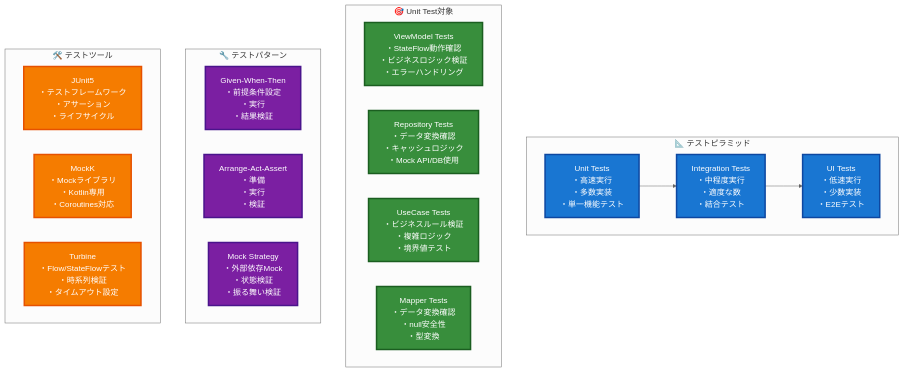
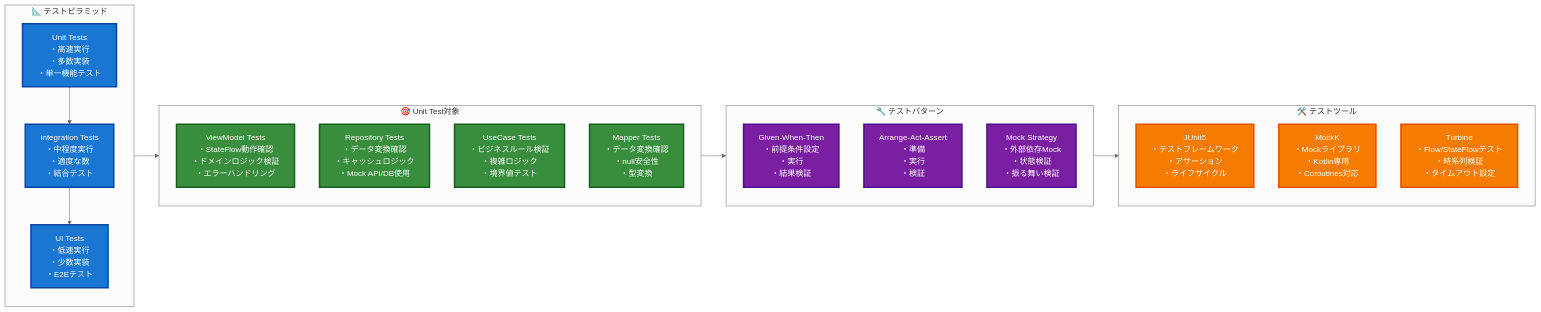
One commit to shimanukims/android-base changed the seventh of 7 diagrams in ARCHITECTURE_GUIDE.md. Above: the diagram before and after it, drawn with Mermaid (neutral theme). The commit also changed other lines of this file, not shown here.

Commit message:
change architecture guide

````diff
--- a/ARCHITECTURE_GUIDE.md
+++ b/ARCHITECTURE_GUIDE.md
@@ -541,41 +588,47 @@
 ```mermaid
-flowchart TB
+flowchart LR
     subgraph TestPyramid ["📐 テストピラミッド"]
+        direction TB
         A["Unit Tests<br/>・高速実行<br/>・多数実装<br/>・単一機能テスト"]
         B["Integration Tests<br/>・中程度実行<br/>・適度な数<br/>・結合テスト"]
         C["UI Tests<br/>・低速実行<br/>・少数実装<br/>・E2Eテスト"]
         
         A --> B
         B --> C
     end
     
     subgraph UnitTestTargets ["🎯 Unit Test対象"]
-        D["ViewModel Tests<br/>・StateFlow動作確認<br/>・ビジネスロジック検証<br/>・エラーハンドリング"]
+        D["ViewModel Tests<br/>・StateFlow動作確認<br/>・ドメインロジック検証<br/>・エラーハンドリング"]
         E["Repository Tests<br/>・データ変換確認<br/>・キャッシュロジック<br/>・Mock API/DB使用"]
         F["UseCase Tests<br/>・ビジネスルール検証<br/>・複雑ロジック<br/>・境界値テスト"]
         G["Mapper Tests<br/>・データ変換確認<br/>・null安全性<br/>・型変換"]
     end
     
     subgraph TestPatterns ["🔧 テストパターン"]
         H["Given-When-Then<br/>・前提条件設定<br/>・実行<br/>・結果検証"]
         I["Arrange-Act-Assert<br/>・準備<br/>・実行<br/>・検証"]
         J["Mock Strategy<br/>・外部依存Mock<br/>・状態検証<br/>・振る舞い検証"]
     end
     
     subgraph TestTools ["🛠️ テストツール"]
         K["JUnit5<br/>・テストフレームワーク<br/>・アサーション<br/>・ライフサイクル"]
         L["MockK<br/>・Mockライブラリ<br/>・Kotlin専用<br/>・Coroutines対応"]
         M["Turbine<br/>・Flow/StateFlowテスト<br/>・時系列検証<br/>・タイムアウト設定"]
     end
     
+    %% 図の配置順序を明示的に指定
+    TestPyramid --> UnitTestTargets
+    UnitTestTargets --> TestPatterns
+    TestPatterns --> TestTools
+    
     %% スタイリング - VSCode対応
     classDef pyramidStyle fill:#1976d2,stroke:#0d47a1,stroke-width:3px,color:#ffffff
     classDef targetStyle fill:#388e3c,stroke:#1b5e20,stroke-width:3px,color:#ffffff
     classDef patternStyle fill:#7b1fa2,stroke:#4a148c,stroke-width:3px,color:#ffffff
     classDef toolStyle fill:#f57c00,stroke:#e65100,stroke-width:3px,color:#ffffff
     
     class A,B,C pyramidStyle
     class D,E,F,G targetStyle
     class H,I,J patternStyle
     class K,L,M toolStyle
 ```
````
